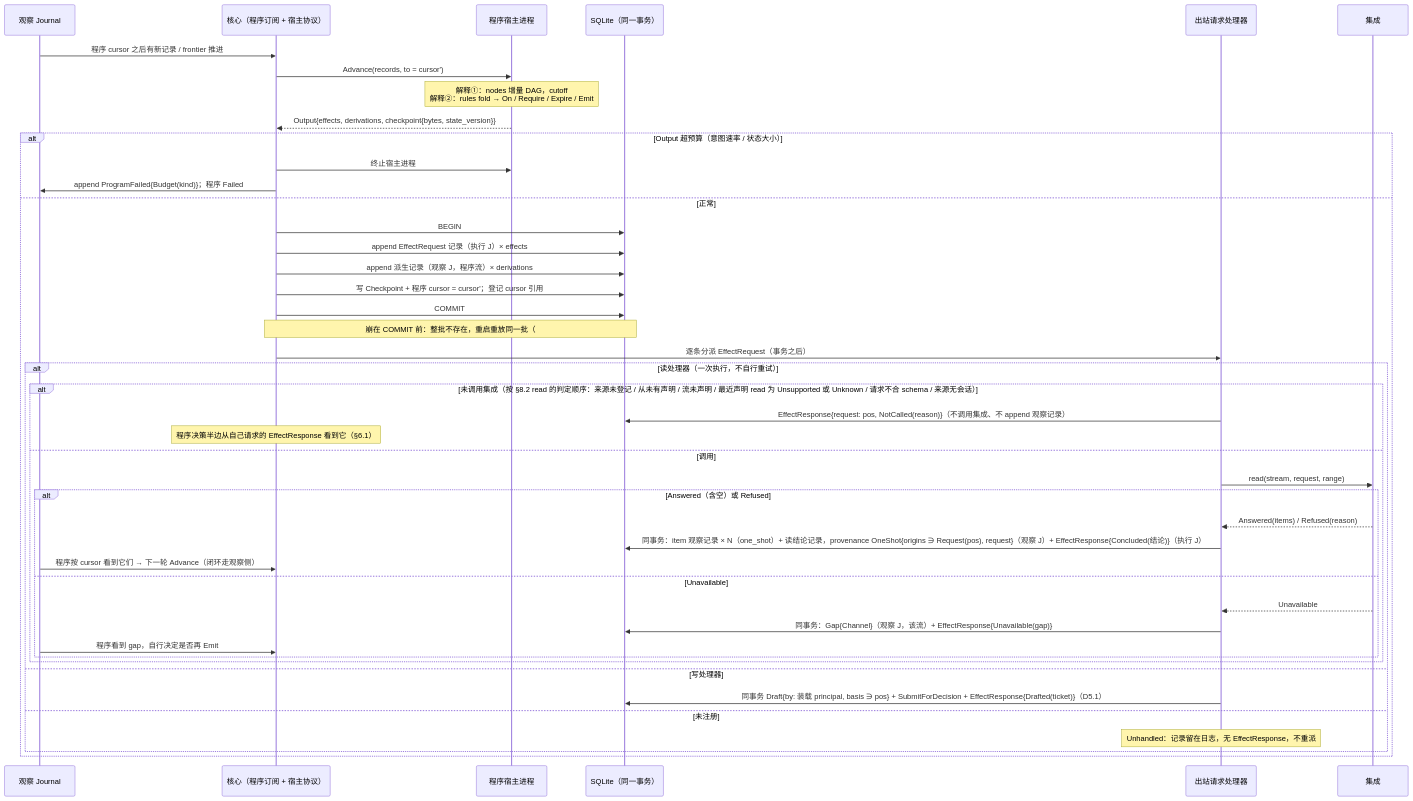
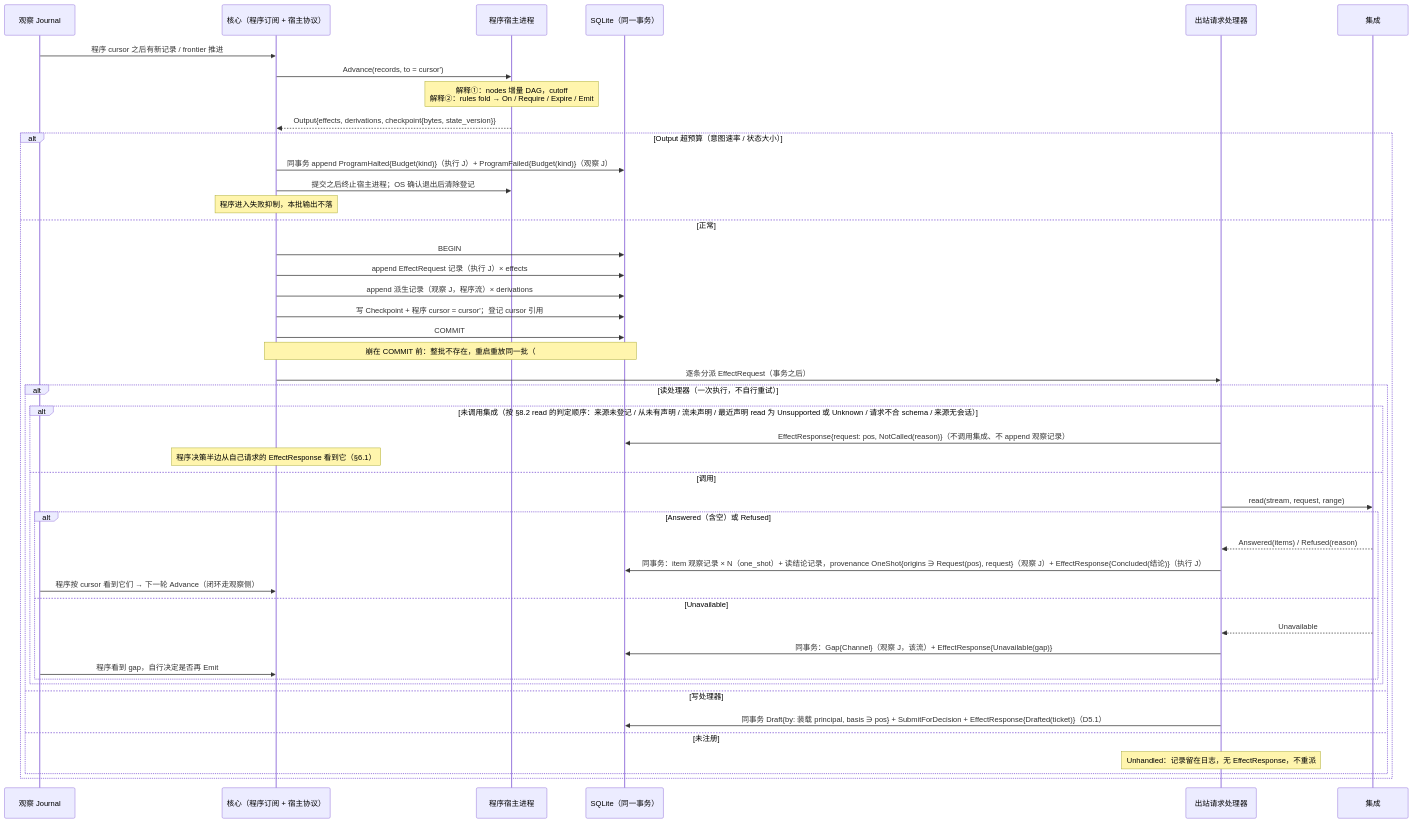
The first of 3 diagrams in design/diagrams/04-program-host.md (mouriya-s-lab/uta), drawn with Mermaid before and after one commit. The commit also changed other lines of this file and 9 other files, not shown here.

````diff
--- a/design/diagrams/04-program-host.md
+++ b/design/diagrams/04-program-host.md
@@ -9,46 +9,47 @@
 ```mermaid
 sequenceDiagram
   participant J as 观察 Journal
   participant C as 核心（程序订阅 + 宿主协议）
   participant H as 程序宿主进程
   participant DB as SQLite（同一事务）
   participant O as 出站请求处理器
   participant I as 集成
   J->>C: 程序 cursor 之后有新记录 / frontier 推进
   C->>H: Advance(records, to = cursor')
   Note over H: 解释①：nodes 增量 DAG，cutoff<br/>解释②：rules fold → On / Require / Expire / Emit
   H-->>C: Output{effects, derivations, checkpoint{bytes, state_version}}
   alt Output 超预算（意图速率 / 状态大小）
-    C->>H: 终止宿主进程
-    C->>J: append ProgramFailed{Budget(kind)}；程序 Failed
+    C->>DB: 同事务 append ProgramHalted{Budget(kind)}（执行 J）+ ProgramFailed{Budget(kind)}（观察 J）
+    C->>H: 提交之后终止宿主进程；OS 确认退出后清除登记
+    Note over C: 程序进入失败抑制，本批输出不落
   else 正常
     C->>DB: BEGIN
     C->>DB: append EffectRequest 记录（执行 J）× effects
     C->>DB: append 派生记录（观察 J，程序流）× derivations
     C->>DB: 写 Checkpoint + 程序 cursor = cursor'；登记 cursor 引用
     C->>DB: COMMIT
     Note over C,DB: 崩在 COMMIT 前：整批不存在，重启重放同一批（#16）
     C->>O: 逐条分派 EffectRequest（事务之后）
     alt 读处理器（一次执行，不自行重试）
       alt 未调用集成（按 §8.2 read 的判定顺序：来源未登记 / 从未有声明 / 流未声明 / 最近声明 read 为 Unsupported 或 Unknown / 请求不合 schema / 来源无会话）
         O->>DB: EffectResponse{request: pos, NotCalled(reason)}（不调用集成、不 append 观察记录）
         Note over C: 程序决策半边从自己请求的 EffectResponse 看到它（§6.1）
       else 调用
         O->>I: read(stream, request, range)
         alt Answered（含空）或 Refused
           I-->>O: Answered(items) / Refused(reason)
           O->>DB: 同事务：item 观察记录 × N（one_shot）+ 读结论记录，provenance OneShot{origins ∋ Request(pos), request}（观察 J）+ EffectResponse{Concluded(结论)}（执行 J）
           J->>C: 程序按 cursor 看到它们 → 下一轮 Advance（闭环走观察侧）
         else Unavailable
           I-->>O: Unavailable
           O->>DB: 同事务：Gap{Channel}（观察 J，该流）+ EffectResponse{Unavailable(gap)}
           J->>C: 程序看到 gap，自行决定是否再 Emit
         end
       end
     else 写处理器
       O->>DB: 同事务 Draft{by: 装载 principal, basis ∋ pos} + SubmitForDecision + EffectResponse{Drafted(ticket)}（D5.1）
     else 未注册
       Note over O: Unhandled：记录留在日志，无 EffectResponse，不重派
     end
   end
 ```
````
